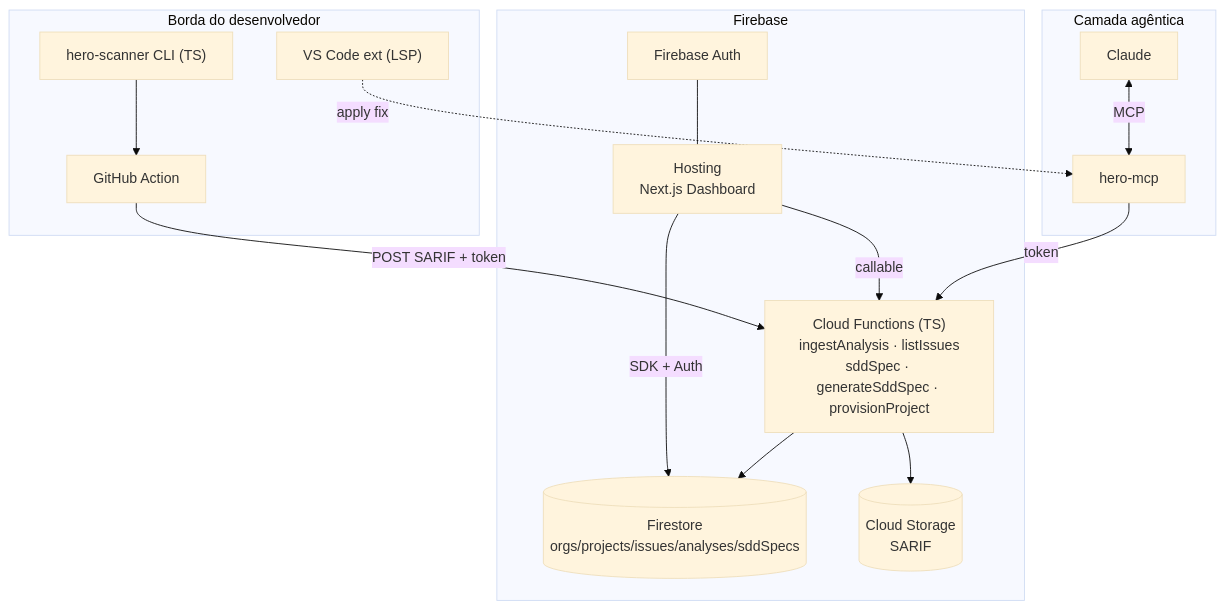
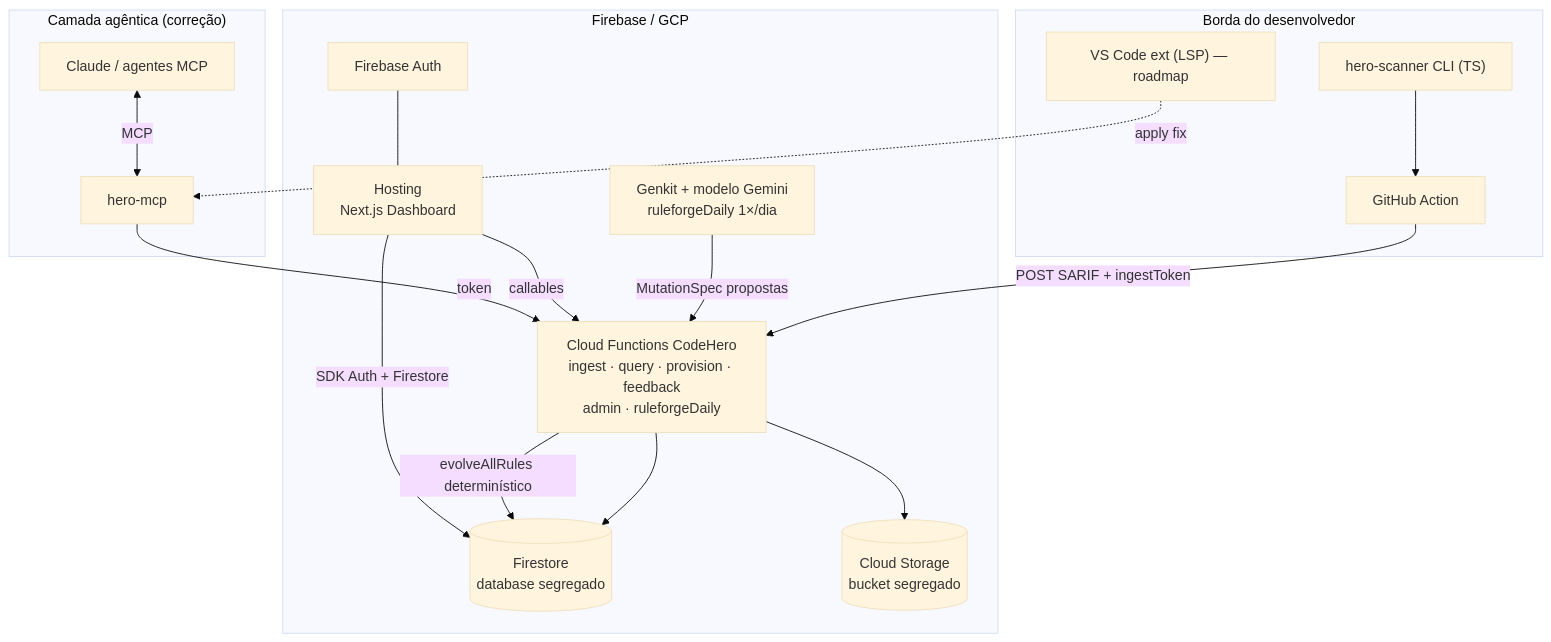
The first of 2 diagrams in docs/ARCHITECTURE.md (nbsjunior/codehero), drawn with Mermaid (base theme) before and after one commit. The commit also changed other lines of this file and 34 other files, not shown here.

First line of the commit message:
feat: wire dashboard, Genkit daily ruleforge, and segregated Firebase resources

````diff
--- a/docs/ARCHITECTURE.md
+++ b/docs/ARCHITECTURE.md
@@ -29,30 +35,35 @@
 ```mermaid
 graph TB
     subgraph EDGE["Borda do desenvolvedor"]
         CLI["hero-scanner CLI (TS)"]
-        IDE["VS Code ext (LSP)"]
+        IDE["VS Code ext (LSP) — roadmap"]
         GHA["GitHub Action"]
     end
-    subgraph FB["Firebase"]
+
+    subgraph FB["Firebase / GCP"]
         AUTH["Firebase Auth"]
-        FUNC["Cloud Functions (TS)<br/>ingestAnalysis · listIssues<br/>sddSpec · generateSddSpec · provisionProject"]
-        FS[("Firestore<br/>orgs/projects/issues/analyses/sddSpecs")]
-        ST[("Cloud Storage<br/>SARIF")]
+        FUNC["Cloud Functions CodeHero<br/>ingest · query · provision · feedback<br/>admin · ruleforgeDaily"]
+        FS[("Firestore<br/>database segregado")]
+        ST[("Cloud Storage<br/>bucket segregado")]
         HOST["Hosting<br/>Next.js Dashboard"]
+        GEN["Genkit + modelo Gemini<br/>ruleforgeDaily 1×/dia"]
     end
-    subgraph AI["Camada agêntica"]
+
+    subgraph AI["Camada agêntica (correção)"]
         MCP["hero-mcp"]
-        CLAUDE["Claude"]
+        CLAUDE["Claude / agentes MCP"]
     end
 
     CLI --> GHA
-    GHA -->|POST SARIF + token| FUNC
+    GHA -->|POST SARIF + ingestToken| FUNC
     FUNC --> FS
     FUNC --> ST
-    HOST -->|SDK + Auth| FS
-    HOST -->|callable| FUNC
+    GEN -->|MutationSpec propostas| FUNC
+    FUNC -->|evolveAllRules determinístico| FS
+    HOST -->|SDK Auth + Firestore| FS
+    HOST -->|callables| FUNC
     AUTH --- HOST
     MCP -->|token| FUNC
     CLAUDE <-->|MCP| MCP
     IDE -.->|apply fix| MCP
 ```
````
